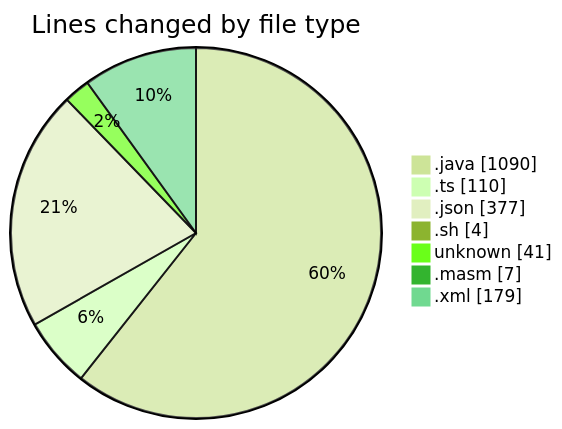
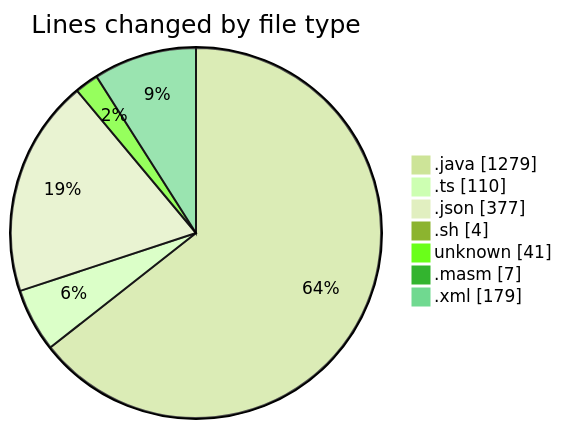
Before and after one commit to charlie-sans/code-tracking: the first of 2 diagrams in 2025-02-20/micros/README.md, drawn with Mermaid (forest theme). The commit also changed other lines of this file and 1 other file, not shown here.

````diff
--- a/2025-02-20/micros/README.md
+++ b/2025-02-20/micros/README.md
@@ -34,11 +35,11 @@
 ```mermaid
 pie showData
 title Lines changed by file type
-".java" : 1090
+".java" : 1279
 ".ts" : 110
 ".json" : 377
 ".sh" : 4
 "unknown" : 41
 ".masm" : 7
 ".xml" : 179
 ```
````
